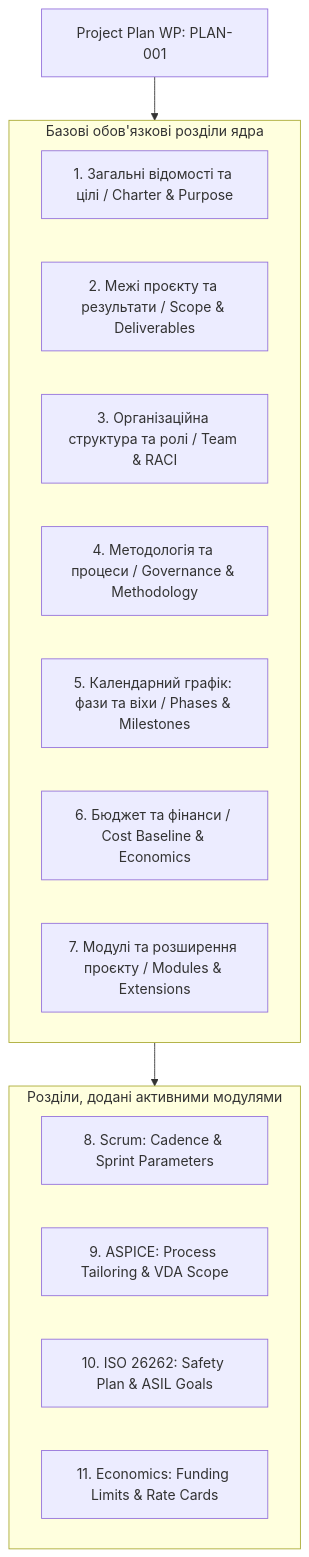
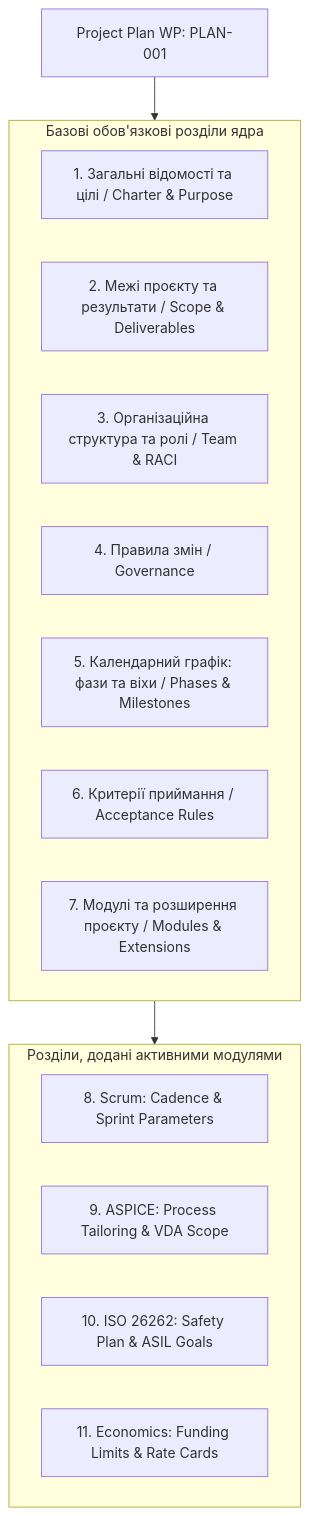
Before and after one commit to nick-fedchik/delmos: the first of 2 diagrams in docs/architecture/PROJECT_PLAN_ENGINE.md, drawn with Mermaid. The commit also changed other lines of this file and 55 other files, not shown here.

````diff
--- a/docs/architecture/PROJECT_PLAN_ENGINE.md
+++ b/docs/architecture/PROJECT_PLAN_ENGINE.md
@@ -33,24 +33,24 @@
 ```mermaid
 flowchart TD
     Plan[Project Plan WP: PLAN-001]
     
     subgraph CoreSections [Базові обов'язкові розділи ядра]
         S1[1. Загальні відомості та цілі / Charter & Purpose]
         S2[2. Межі проєкту та результати / Scope & Deliverables]
         S3[3. Організаційна структура та ролі / Team & RACI]
-        S4[4. Методологія та процеси / Governance & Methodology]
+        S4[4. Правила змін / Governance]
         S5[5. Календарний графік: фази та віхи / Phases & Milestones]
-        S6[6. Бюджет та фінанси / Cost Baseline & Economics]
+        S6[6. Критерії приймання / Acceptance Rules]
         S7[7. Модулі та розширення проєкту / Modules & Extensions]
     end
     
     subgraph ContributedSections [Розділи, додані активними модулями]
         M1[8. Scrum: Cadence & Sprint Parameters]
         M2[9. ASPICE: Process Tailoring & VDA Scope]
         M3[10. ISO 26262: Safety Plan & ASIL Goals]
         M4[11. Economics: Funding Limits & Rate Cards]
     end
     
     Plan --> CoreSections
     CoreSections --> ContributedSections
 ```
````
